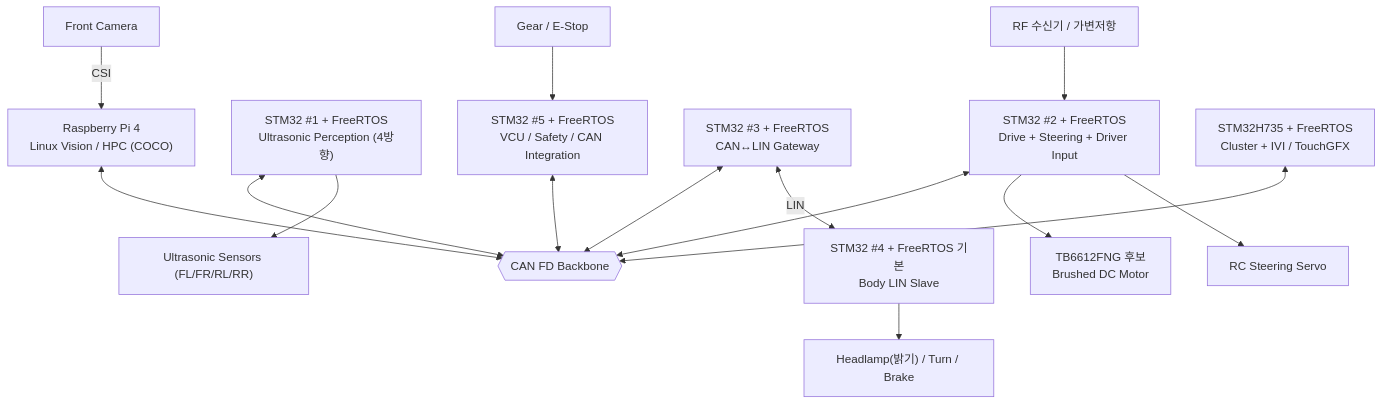
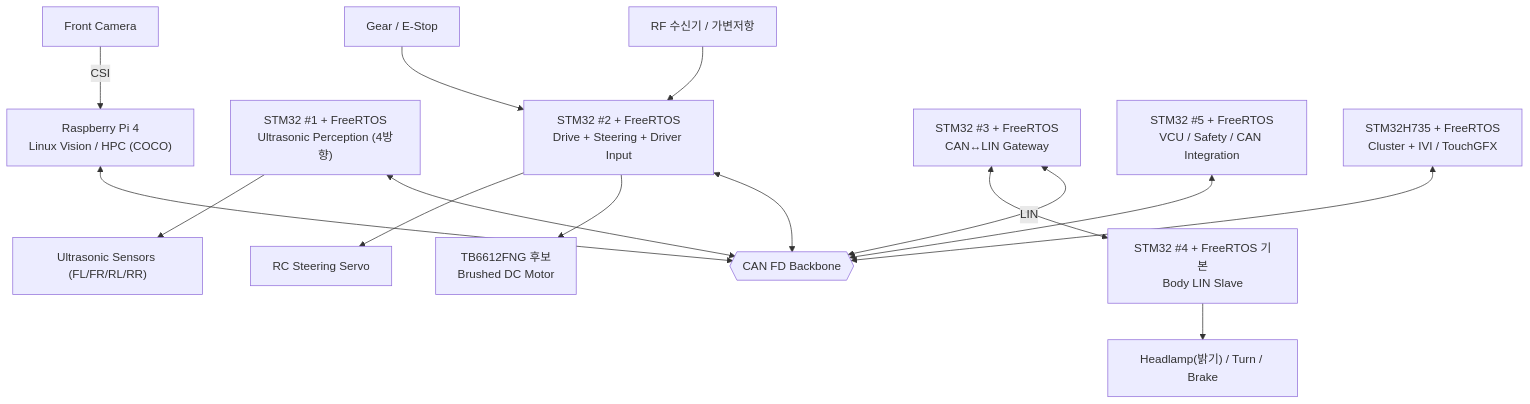
Before and after one commit to sunmaan22/SDV_MCU_Project: the second of 2 diagrams in docs/overview/PROJECT_OVERVIEW.md, drawn with Mermaid. The commit also changed other lines of this file and 25 other files, not shown here.

````diff
--- a/docs/overview/PROJECT_OVERVIEW.md
+++ b/docs/overview/PROJECT_OVERVIEW.md
@@ -180,23 +182,23 @@
 ```mermaid
 flowchart TB
     FCAM["Front Camera"] -->|CSI| HPC["Raspberry Pi 4\nLinux Vision / HPC (COCO)"]
 
     CAN{{"CAN FD Backbone"}}
     HPC <--> CAN
 
     USS["STM32 #1 + FreeRTOS\nUltrasonic Perception (4방향)"] <--> CAN
     DRIVE["STM32 #2 + FreeRTOS\nDrive + Steering + Driver Input"] <--> CAN
     GW["STM32 #3 + FreeRTOS\nCAN↔LIN Gateway"] <--> CAN
     VCU["STM32 #5 + FreeRTOS\nVCU / Safety / CAN Integration"] <--> CAN
     COCKPIT["STM32H735 + FreeRTOS\nCluster + IVI / TouchGFX"] <--> CAN
 
     USS --> US["Ultrasonic Sensors (FL/FR/RL/RR)"]
     DRIVE --> TB["TB6612FNG 후보\nBrushed DC Motor"]
     DRIVE --> SERVO["RC Steering Servo"]
     DRIVERIN["RF 수신기 / 가변저항"] --> DRIVE
 
     GW <-->|LIN| BODY["STM32 #4 + FreeRTOS 기본\nBody LIN Slave"]
     BODY --> LIGHT["Headlamp(밝기) / Turn / Brake"]
 
-    GEAR["Gear / E-Stop"] --> VCU
+    GEAR["Gear / E-Stop"] --> DRIVE
 ```
````
